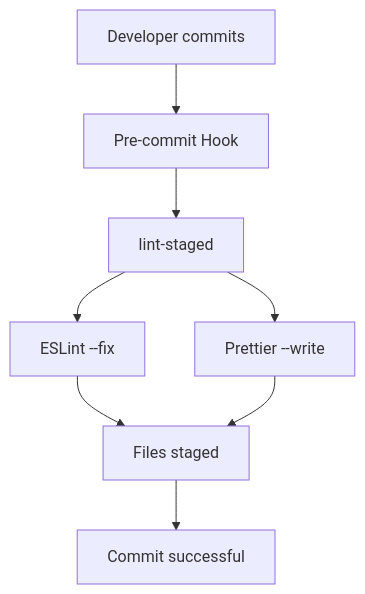
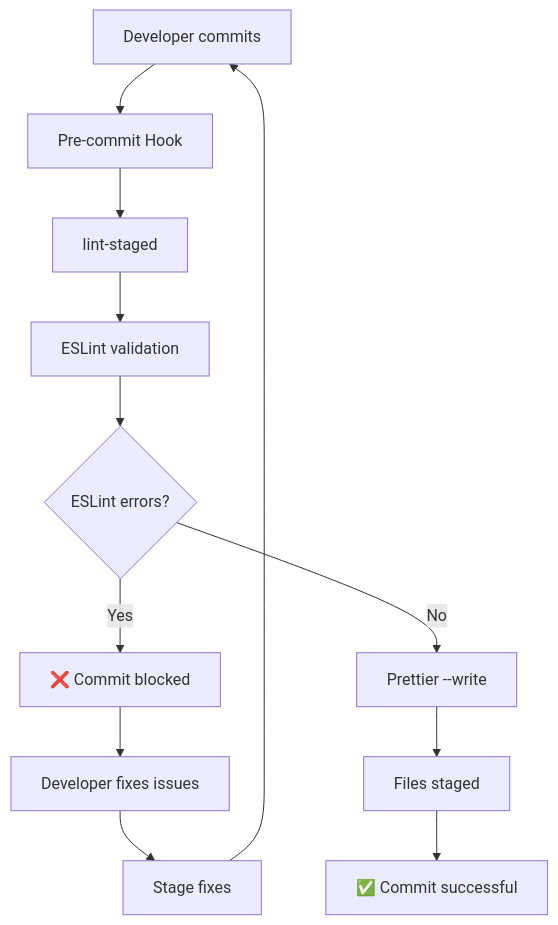
The diagram in packages/linter-config/README.md (middas-0706/js-data-connectors), drawn with Mermaid before and after one commit. The commit also changed other lines of this file and 7 other files, not shown here.

First line of the commit message:
fix(linter-config): deny git commit after ESLint errors (#137)

````diff
--- a/packages/linter-config/README.md
+++ b/packages/linter-config/README.md
@@ -28,10 +60,14 @@
 ```mermaid
 graph TD
     A["Developer commits"] --> B["Pre-commit Hook"]
     B --> C["lint-staged"]
-    C --> D["ESLint --fix"]
-    C --> E["Prettier --write"]
-    D --> F["Files staged"]
-    E --> F
-    F --> G["Commit successful"]
+    C --> D["ESLint validation"]
+    D --> E{ESLint errors?}
+    E -->|Yes| F["❌ Commit blocked"]
+    E -->|No| G["Prettier --write"]
+    G --> H["Files staged"]
+    H --> I["✅ Commit successful"]
+    F --> J["Developer fixes issues"]
+    J --> K["Stage fixes"]
+    K --> A
 ```
````
